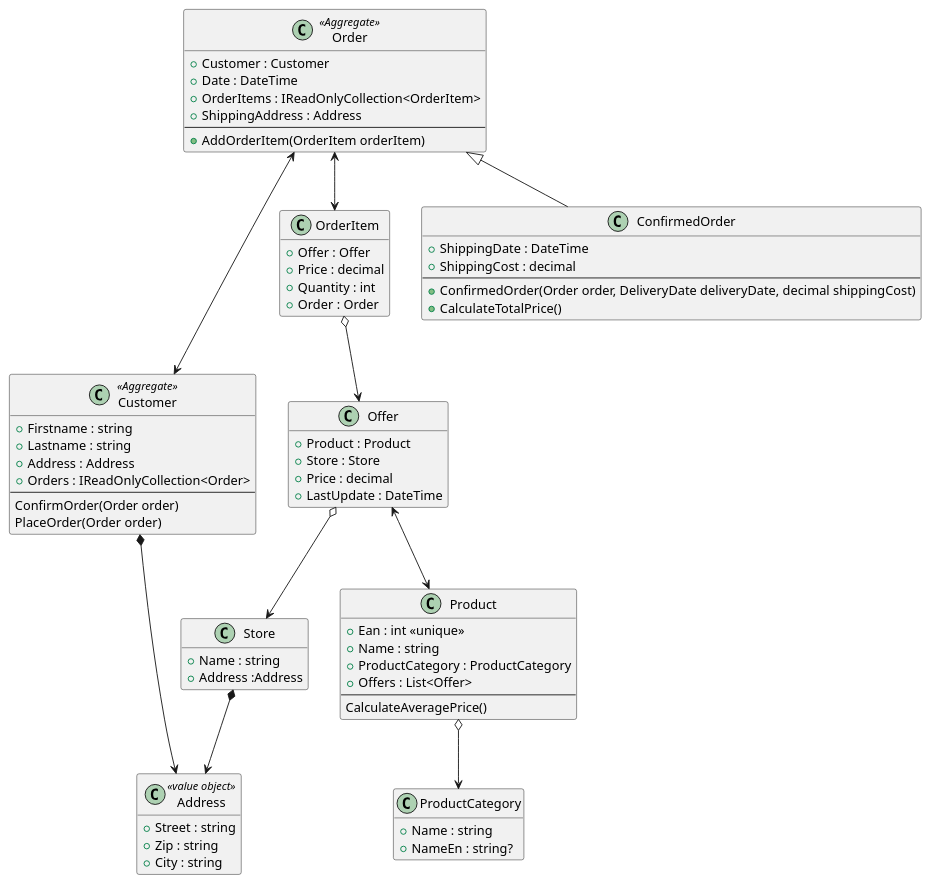
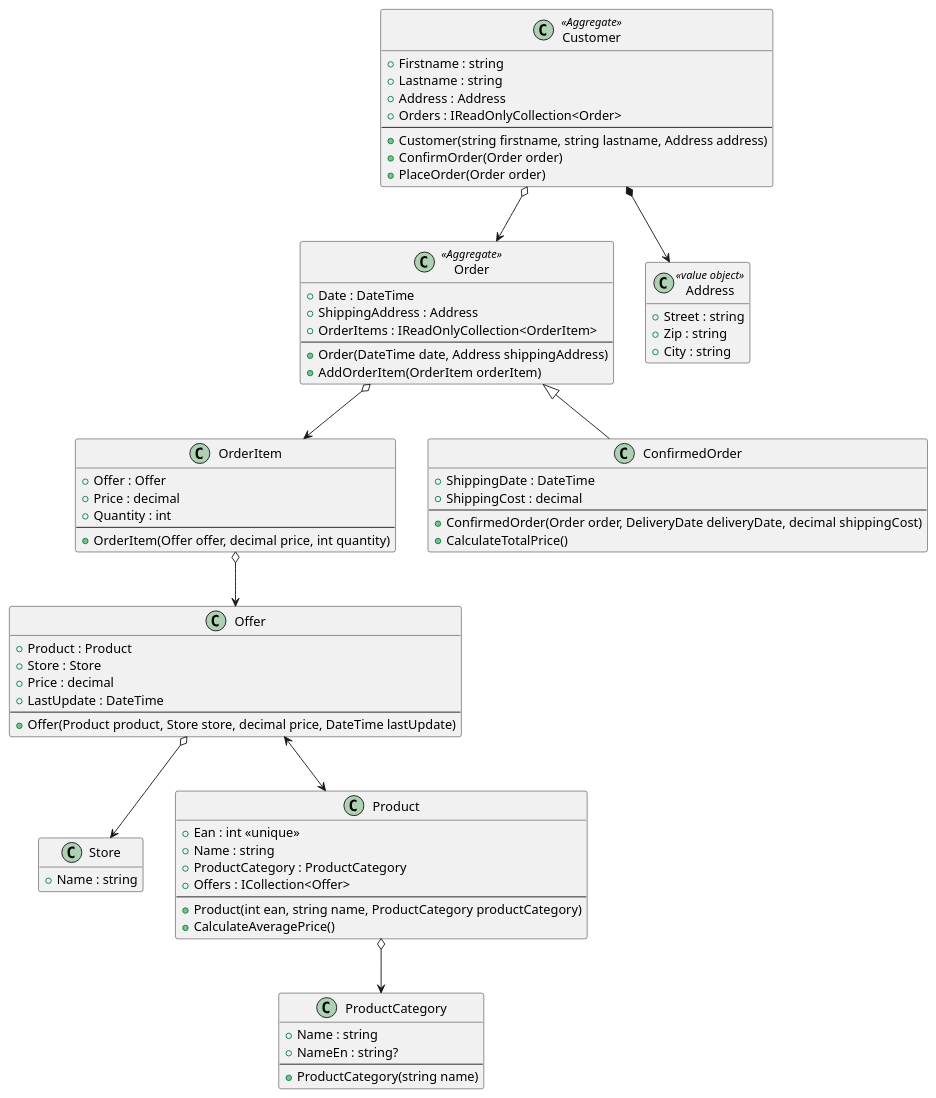
One commit to schletz/Pos3xhif changed the diagram in 03 EF Core/04_RichDomainModels/README.md. Above: the diagram before and after it, drawn with PlantUML. The commit also changed other lines of this file and 11 other files, not shown here.

```diff
--- a/03 EF Core/04_RichDomainModels/README.md
+++ b/03 EF Core/04_RichDomainModels/README.md
@@ -34,15 +36,15 @@
 hide empty methods
 class Store {
     +Name : string
-    +Address :Address
 }
-Store *--> Address
 
 class Offer  {
     +Product : Product
     +Store : Store
     +Price : decimal
     +LastUpdate : DateTime
+    ---
+    +Offer(Product product, Store store, decimal price, DateTime lastUpdate)
 }
 Offer o--> Store
 Offer <--> Product
@@ -50,15 +52,18 @@
 class ProductCategory {
     +Name : string
     +NameEn : string?
+    ---
+    +ProductCategory(string name)
 }
 
 class Product {
     +Ean : int <<unique>>
     +Name : string
     +ProductCategory : ProductCategory
-    +Offers : List<Offer>
+    +Offers : ICollection<Offer>
     ---
-    CalculateAveragePrice()
+    +Product(int ean, string name, ProductCategory productCategory)
+    +CalculateAveragePrice()
 }
 Product o--> ProductCategory
 
@@ -73,21 +78,22 @@
     +Address : Address
     +Orders : IReadOnlyCollection<Order>
     ---
-    ConfirmOrder(Order order)
-    PlaceOrder(Order order)
+    +Customer(string firstname, string lastname, Address address)
+    +ConfirmOrder(Order order)
+    +PlaceOrder(Order order)
 }
 Customer *--> Address
+Customer o--> Order
 
 class Order <<Aggregate>> {
-    +Customer : Customer
     +Date : DateTime
+    +ShippingAddress : Address
     +OrderItems : IReadOnlyCollection<OrderItem>
-    +ShippingAddress : Address
     ---
+    +Order(DateTime date, Address shippingAddress)
     +AddOrderItem(OrderItem orderItem)
 }
-Order <--> Customer
-Order <--> OrderItem
+Order o--> OrderItem
 
 class ConfirmedOrder {
     +ShippingDate : DateTime
@@ -102,7 +108,8 @@
     +Offer : Offer
     +Price : decimal
     +Quantity : int
-    +Order : Order
+    ---
+    +OrderItem(Offer offer, decimal price, int quantity)
 }
 OrderItem o--> Offer
 
```
